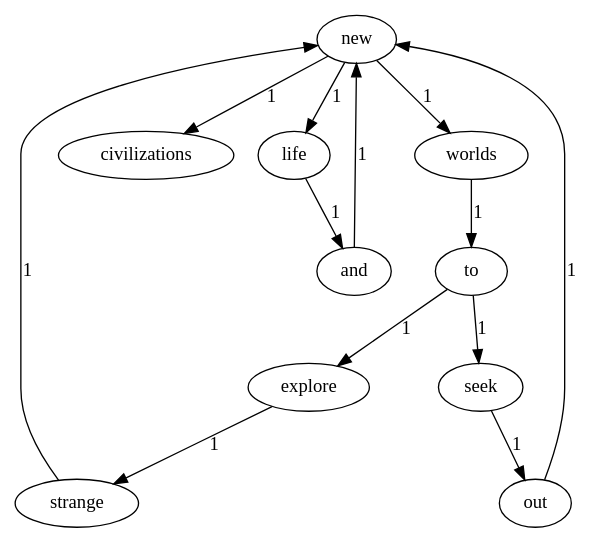
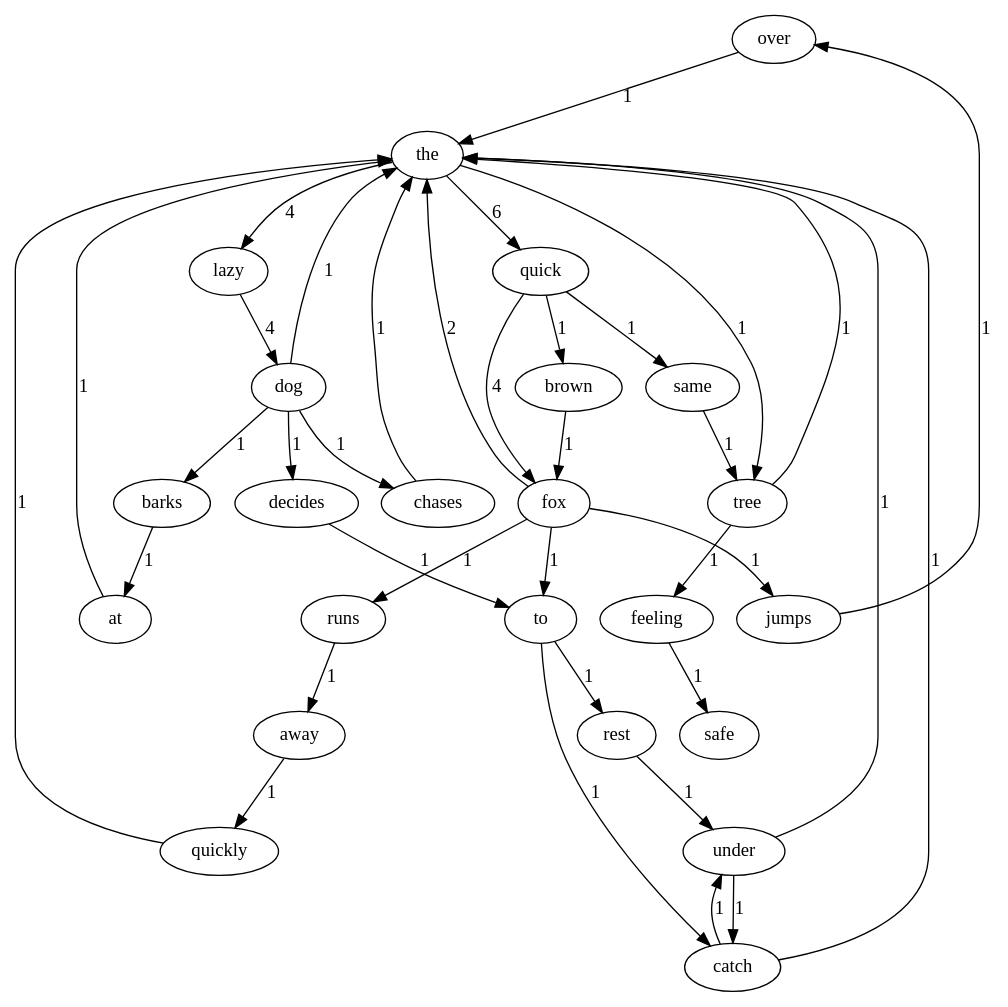
One commit to coke1234567/Lab1-2021111647 changed the diagram in graph.gv. Above: the diagram before and after it, drawn with Graphviz. The commit also changed 6 other files, not shown here.

```diff
--- a/graph.gv
+++ b/graph.gv
@@ -1,24 +1,61 @@
 digraph G{
-new;
-worlds;
-explore;
-and;
+over;
+rest;
+quick;
+away;
+lazy;
+quickly;
+decides;
+tree;
+jumps;
+barks;
+feeling;
+brown;
+fox;
+the;
+chases;
+same;
+at;
+safe;
 to;
-civilizations;
-seek;
-life;
-strange;
-out;
-new->worlds[label=1];
-new->civilizations[label=1];
-new->life[label=1];
-worlds->to[label=1];
-explore->strange[label=1];
-and->new[label=1];
-to->explore[label=1];
-to->seek[label=1];
-seek->out[label=1];
-strange->new[label=1];
-life->and[label=1];
-out->new[label=1];
+catch;
+under;
+dog;
+runs;
+over->the[label=1];
+rest->under[label=1];
+quick->same[label=1];
+quick->brown[label=1];
+quick->fox[label=4];
+away->quickly[label=1];
+lazy->dog[label=4];
+quickly->the[label=1];
+decides->to[label=1];
+tree->the[label=1];
+tree->feeling[label=1];
+jumps->over[label=1];
+barks->at[label=1];
+feeling->safe[label=1];
+brown->fox[label=1];
+fox->the[label=2];
+fox->jumps[label=1];
+fox->to[label=1];
+fox->runs[label=1];
+the->quick[label=6];
+the->lazy[label=4];
+the->tree[label=1];
+chases->the[label=1];
+at->the[label=1];
+same->tree[label=1];
+to->rest[label=1];
+to->catch[label=1];
+catch->the[label=1];
+catch->under[label=1];
+under->the[label=1];
+under->catch[label=1];
+dog->the[label=1];
+dog->chases[label=1];
+dog->decides[label=1];
+dog->barks[label=1];
+runs->away[label=1];
 }
```
